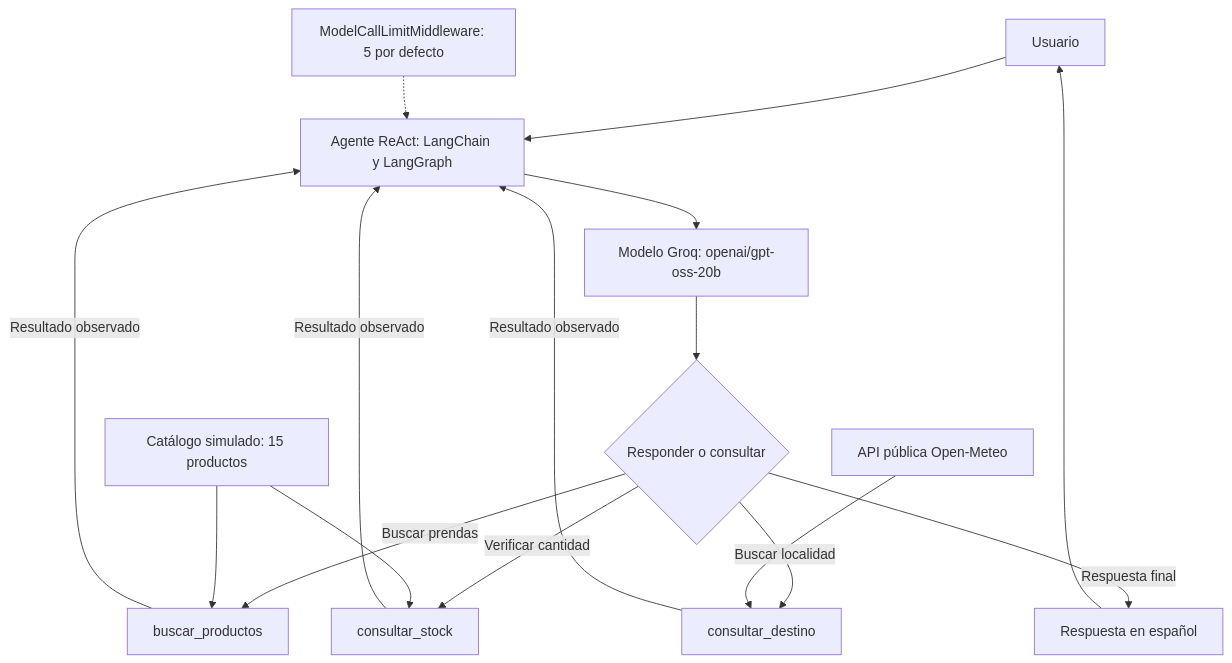
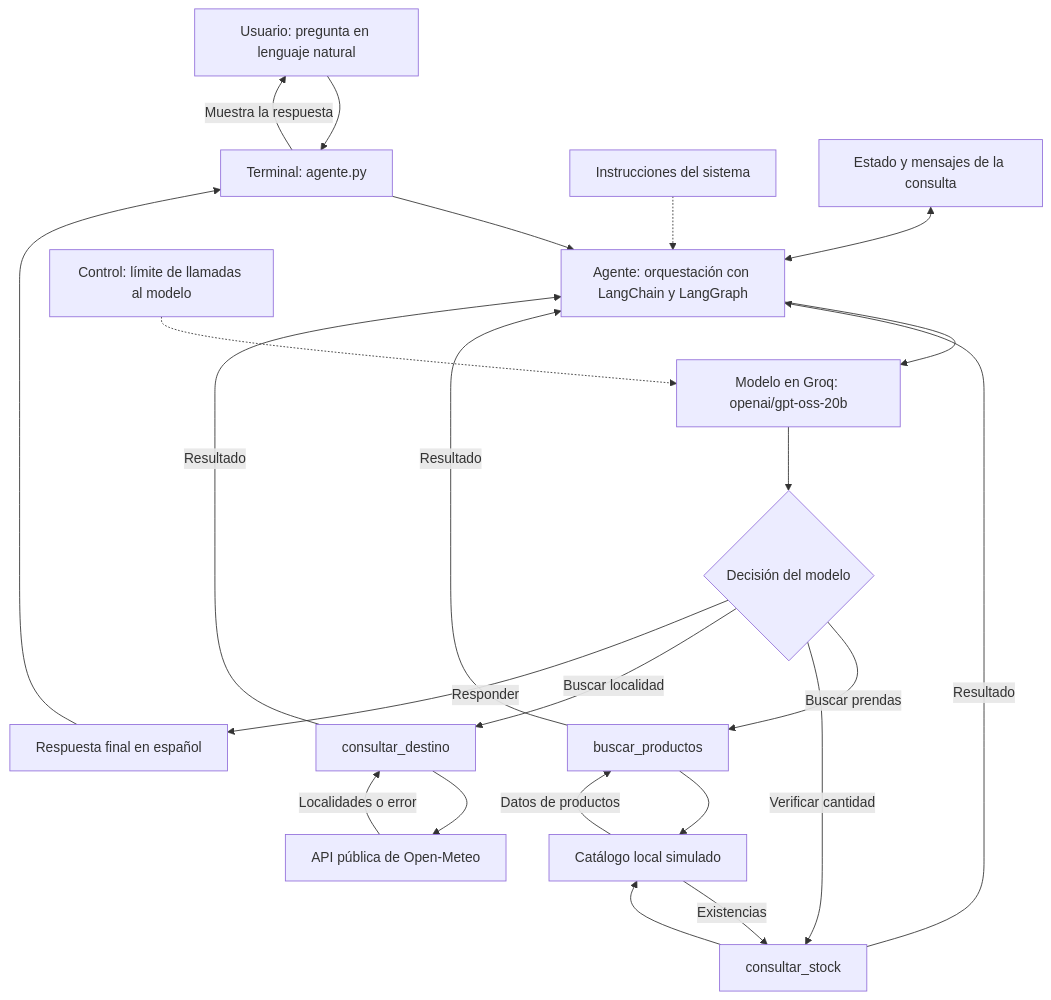
Before and after one commit to carito1597/upi-m3-agente-ventas-inventario: the diagram in README.md, drawn with Mermaid. The commit also changed other lines of this file and 5 other files, not shown here.

Commit message:
Simplificar evaluacion en terminal y documentar arquitectura y control

````diff
--- a/README.md
+++ b/README.md
@@ -21,18 +25,25 @@
 ```mermaid
 flowchart TD
-    U[Usuario] --> A[Agente ReAct: LangChain y LangGraph]
-    A --> M[Modelo Groq: openai/gpt-oss-20b]
-    M --> D{Responder o consultar}
+    U[Usuario: pregunta en lenguaje natural] --> CLI[Terminal: agente.py]
+    CLI --> A[Agente: orquestación con LangChain y LangGraph]
+    I[Instrucciones del sistema] -.-> A
+    E[Estado y mensajes de la consulta] <--> A
+    A --> M[Modelo en Groq: openai/gpt-oss-20b]
+    L[Control: límite de llamadas al modelo] -.-> M
+    M --> D{Decisión del modelo}
     D -->|Buscar prendas| B[buscar_productos]
     D -->|Verificar cantidad| S[consultar_stock]
     D -->|Buscar localidad| G[consultar_destino]
-    C[Catálogo simulado: 15 productos] --> B
-    C --> S
-    O[API pública Open-Meteo] --> G
-    B -->|Resultado observado| A
-    S -->|Resultado observado| A
-    G -->|Resultado observado| A
-    D -->|Respuesta final| R[Respuesta en español]
-    R --> U
-    L[ModelCallLimitMiddleware: 5 por defecto] -.-> A
+    B --> C[Catálogo local simulado]
+    S --> C
+    C -->|Datos de productos| B
+    C -->|Existencias| S
+    G --> O[API pública de Open-Meteo]
+    O -->|Localidades o error| G
+    B -->|Resultado| A
+    S -->|Resultado| A
+    G -->|Resultado| A
+    D -->|Responder| R[Respuesta final en español]
+    R --> CLI
+    CLI -->|Muestra la respuesta| U
 ```
````
